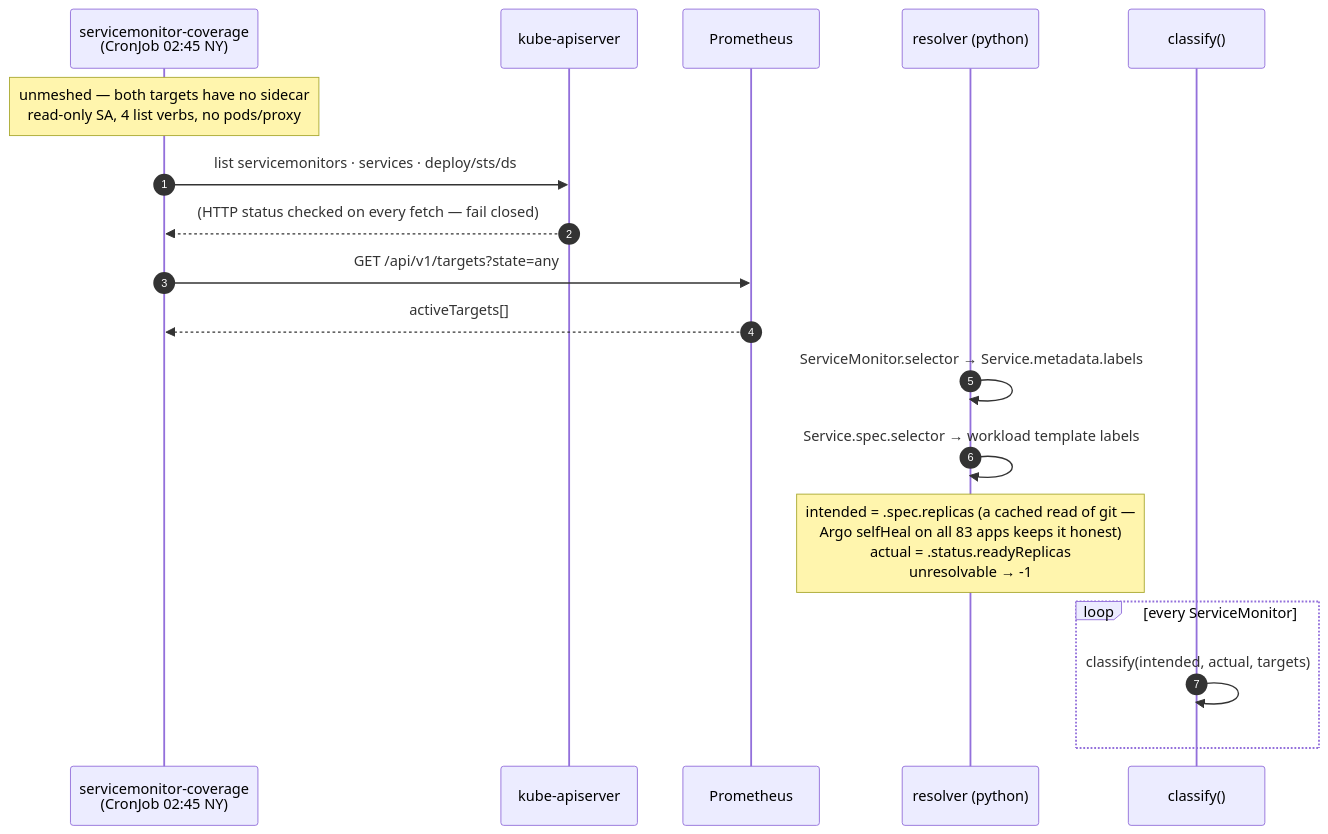
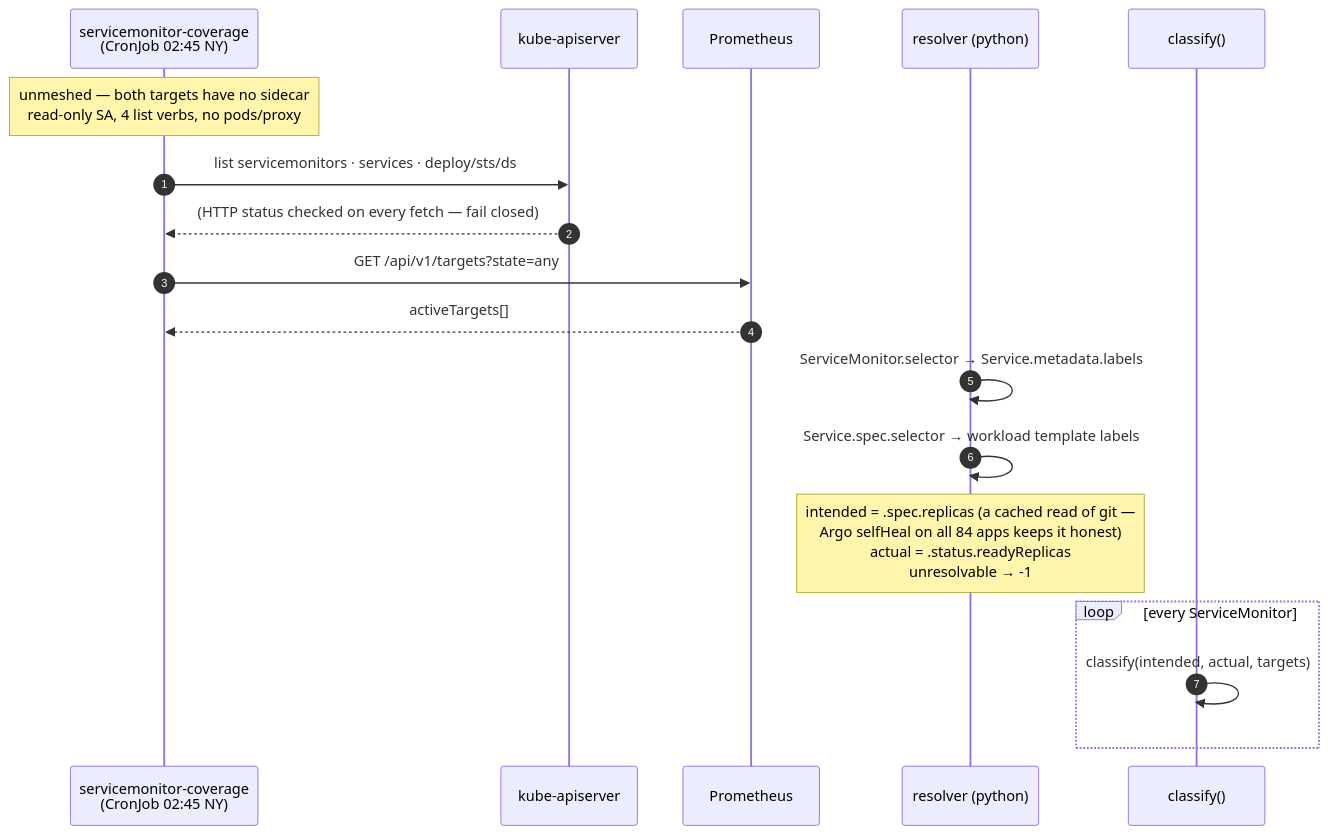
The second of 3 diagrams in docs/diagrams/flow-servicemonitor-coverage.md (edtbl76/weyland-lab), drawn with Mermaid before and after one commit. The commit also changed 21 other files, not shown here.

````diff
--- a/docs/diagrams/flow-servicemonitor-coverage.md
+++ b/docs/diagrams/flow-servicemonitor-coverage.md
@@ -36,24 +36,24 @@
 ```mermaid
 sequenceDiagram
     autonumber
     participant CJ as servicemonitor-coverage<br/>(CronJob 02:45 NY)
     participant API as kube-apiserver
     participant PROM as Prometheus
     participant RES as resolver (python)
     participant CLS as classify()
 
     Note over CJ: unmeshed — both targets have no sidecar<br/>read-only SA, 4 list verbs, no pods/proxy
 
     CJ->>API: list servicemonitors · services · deploy/sts/ds
     API-->>CJ: (HTTP status checked on every fetch — fail closed)
     CJ->>PROM: GET /api/v1/targets?state=any
     PROM-->>CJ: activeTargets[]
 
     RES->>RES: ServiceMonitor.selector → Service.metadata.labels
     RES->>RES: Service.spec.selector → workload template labels
-    Note over RES: intended = .spec.replicas (a cached read of git —<br/>Argo selfHeal on all 83 apps keeps it honest)<br/>actual = .status.readyReplicas<br/>unresolvable → -1
+    Note over RES: intended = .spec.replicas (a cached read of git —<br/>Argo selfHeal on all 84 apps keeps it honest)<br/>actual = .status.readyReplicas<br/>unresolvable → -1
 
     loop every ServiceMonitor
     CLS->>CLS: classify(intended, actual, targets)
     end
 ```
````
